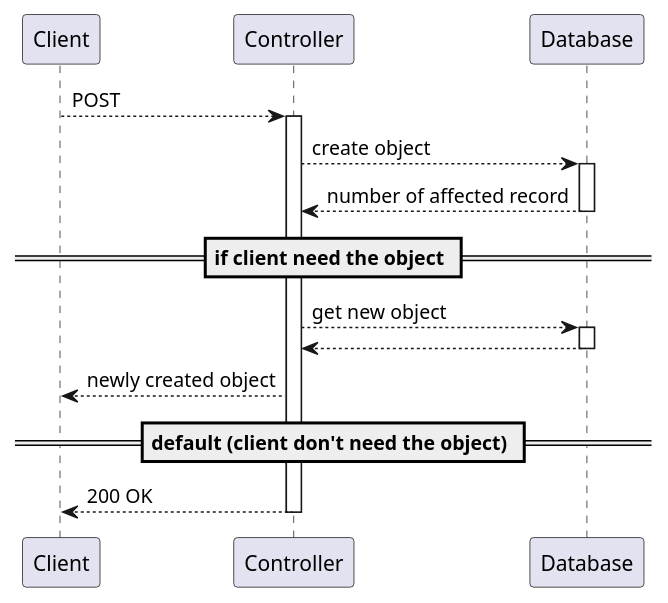
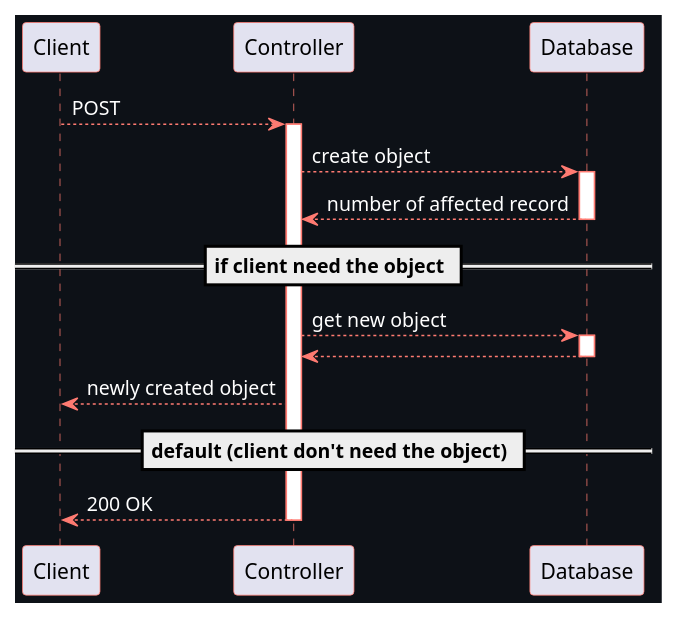
The diagram in justifications/PostPutPatchReturn/postputpatchreturn.puml (huntertran/concordia-thesis-topic), drawn with PlantUML before and after one commit. The commit also changed 4 other files, not shown here.

Commit message:
update diagrams for post put patch return

```diff
--- a/justifications/PostPutPatchReturn/postputpatchreturn.puml
+++ b/justifications/PostPutPatchReturn/postputpatchreturn.puml
@@ -1,25 +1,35 @@
 @startuml post_put_patch_return
+
+skinparam backgroundColor #0D1117
+
+skinparam sequence {
+    ArrowColor #ff7b72
+    ArrowFontColor white
+    LifeLineBorderColor #ff7b72
+    ActorBorderColor #ff7b72
+    ParticipantBorderColor #ff7b72
+}
 
 hide empty members
 
 Client --> Controller : POST
 
 activate Controller
 Controller --> Database : create object
 
 activate Database
 Database --> Controller : number of affected record
 deactivate Database
 
 == if client need the object ==
 Controller --> Database : get new object
 activate Database
 Database --> Controller
 deactivate Database
 Controller --> Client : newly created object
 
 == default (client don't need the object) ==
 Controller --> Client : 200 OK
 deactivate Controller
 
 @enduml
```
